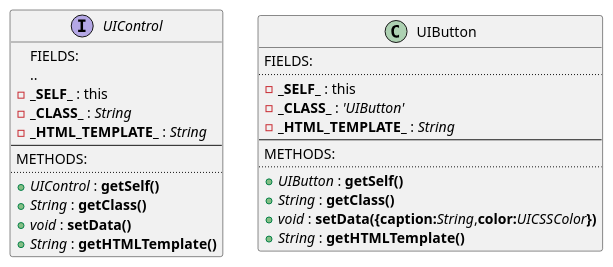
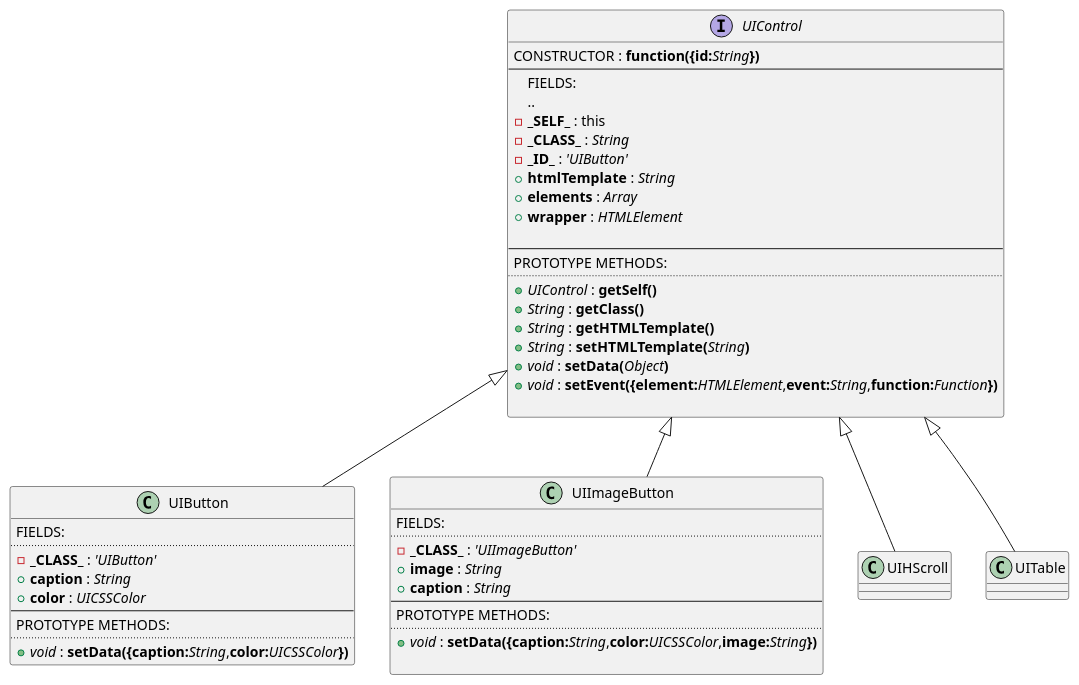
One commit to schetinind/UILib_UML changed the diagram in public_html/UIControl.puml. Above: the diagram before and after it, drawn with PlantUML. The commit also changed 1 other file, not shown here.

```diff
--- a/public_html/UIControl.puml
+++ b/public_html/UIControl.puml
@@ -1,30 +1,56 @@
 @startuml
 interface UIControl{
+    CONSTRUCTOR : <b>function({</b><b>id:</b><i>String</i><b>})</b>
+    --
     FIELDS:    
        ..
     - <b>_SELF_</b> : this
     - <b>_CLASS_</b> : <i>String</i>
-    - <b>_HTML_TEMPLATE_</b> : <i>String</i>
+    - <b>_ID_</b> : <i>'UIButton'</i> 
+    + <b>htmlTemplate</b> : <i>String</i>
+    + <b>elements</b> : <i>Array</i>
+    + <b>wrapper</b> : <i>HTMLElement</i>
+    
     --
-    METHODS:
+    PROTOTYPE METHODS:
     ..
     + <i>UIControl</i> : <b>getSelf()</b>
     + <i>String</i> : <b>getClass()</b>
-    + <i>void</i> : <b>setData()</b>
     + <i>String</i> : <b>getHTMLTemplate()</b>
+    + <i>String</i> : <b>setHTMLTemplate(</b><i>String</i><b>)</b>
+    + <i>void</i> : <b>setData(</b><i>Object</i><b>)</b>
+    + <i>void</i> : <b>setEvent({</b><b>element:</b><i>HTMLElement</i>,<b>event:</b><i>String</i>,<b>function:</b><i>Function</i><b>})</b>
+
 }
 class UIButton{
     FIELDS:
     ..
-    - <b>_SELF_</b> : this
     - <b>_CLASS_</b> : <i>'UIButton'</i>
-    - <b>_HTML_TEMPLATE_</b> : <i>String</i>
+    + <b>caption</b> : <i>String</i>
+    + <b>color</b> : <i>UICSSColor</i>
     --
-    METHODS:
+    PROTOTYPE METHODS:
     ..
-    + <i>UIButton</i> : <b>getSelf()</b>
-    + <i>String</i> : <b>getClass()</b>
     + <i>void</i> : <b>setData({</b><b>caption:</b><i>String</i>,<b>color:</b><i>UICSSColor</i><b>})</b>
-    + <i>String</i> : <b>getHTMLTemplate()</b>
 }
+class UIImageButton{
+    FIELDS:
+    ..
+    - <b>_CLASS_</b> : <i>'UIImageButton'</i>
+    + <b>image</b> : <i>String</i>
+    + <b>caption</b> : <i>String</i>
+    --
+    PROTOTYPE METHODS:
+    ..
+    + <i>void</i> : <b>setData({</b><b>caption:</b><i>String</i>,<b>color:</b><i>UICSSColor</i>,<b>image:</b><i>String</i><b>})</b>
+
+}
+class UIHScroll{
+
+}
+
+UIControl <|-- UIButton
+UIControl <|-- UIImageButton
+UIControl <|-- UIHScroll
+UIControl <|-- UITable
 @enduml
```
